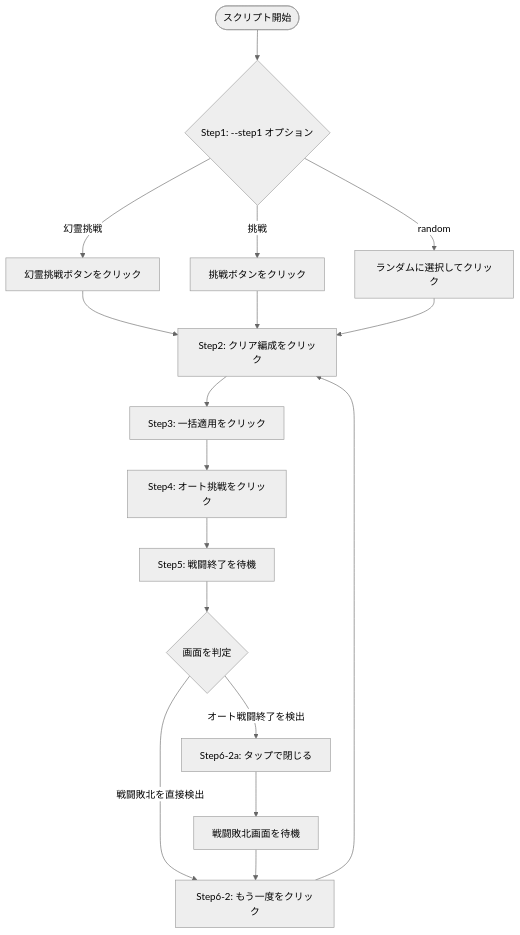
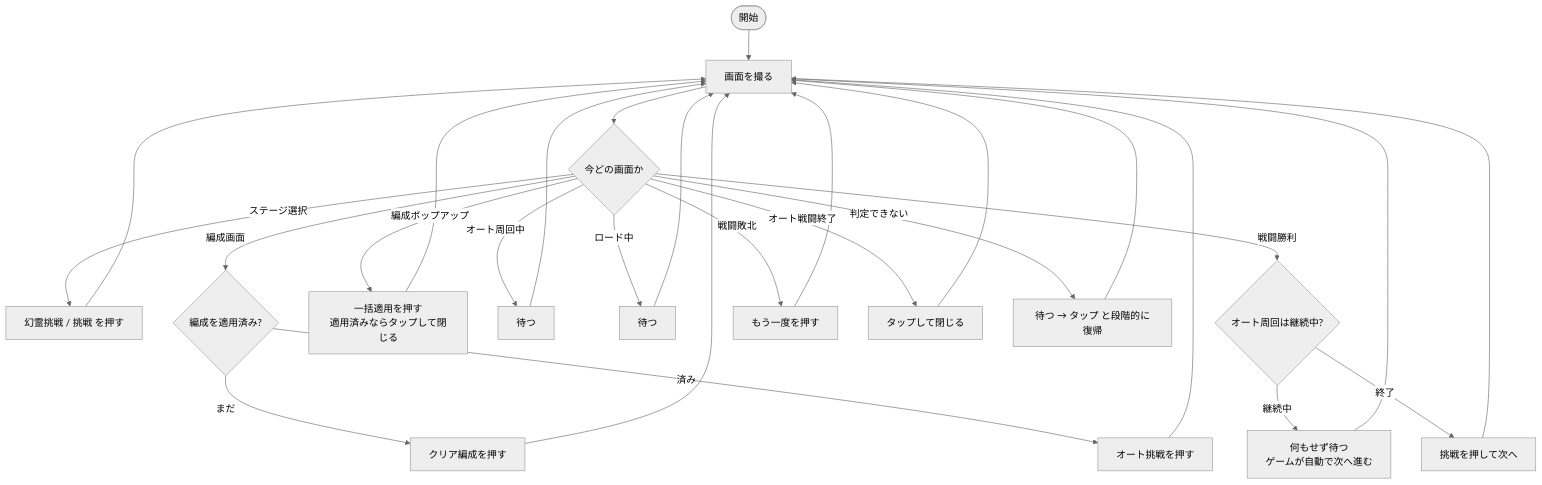
One commit to joapippa/afkj_autoplay changed the diagram in README.md. Above: the diagram before and after it, drawn with Mermaid (neutral theme). The commit also changed other lines of this file and 26 other files, not shown here.

````diff
--- a/README.md
+++ b/README.md
@@ -24,19 +133,29 @@
 ```mermaid
 flowchart TD
-    A([スクリプト開始]) --> B{Step1: --step1 オプション}
-    B -->|幻霊挑戦| B1[幻霊挑戦ボタンをクリック]
-    B -->|挑戦| B2[挑戦ボタンをクリック]
-    B -->|random| B3[ランダムに選択してクリック]
-    B1 --> C[Step2: クリア編成をクリック]
-    B2 --> C
-    B3 --> C
-    C --> D[Step3: 一括適用をクリック]
-    D --> E[Step4: オート挑戦をクリック]
-    E --> F[Step5: 戦闘終了を待機]
-    F --> G{画面を判定}
-    G -->|オート戦闘終了を検出| H[Step6-2a: タップで閉じる]
-    G -->|戦闘敗北を直接検出| I[Step6-2: もう一度をクリック]
-    H --> J[戦闘敗北画面を待機]
-    J --> I
-    I --> C
+    A([開始]) --> B[画面を撮る]
+    B --> C{今どの画面か}
+    C -->|ステージ選択| D[幻霊挑戦 / 挑戦 を押す]
+    C -->|編成画面| N{編成を適用済み?}
+    N -->|まだ| N1[クリア編成を押す]
+    N -->|済み| N2[オート挑戦を押す]
+    C -->|編成ポップアップ| E[一括適用を押す<br/>適用済みならタップして閉じる]
+    C -->|オート周回中| F[待つ]
+    C -->|ロード中| G[待つ]
+    C -->|戦闘勝利| H{オート周回は継続中?}
+    H -->|継続中| I[何もせず待つ<br/>ゲームが自動で次へ進む]
+    H -->|終了| J[挑戦を押して次へ]
+    C -->|戦闘敗北| K[もう一度を押す]
+    C -->|オート戦闘終了| L[タップして閉じる]
+    C -->|判定できない| M[待つ → タップ と段階的に復帰]
+    D --> B
+    N1 --> B
+    N2 --> B
+    E --> B
+    F --> B
+    G --> B
+    I --> B
+    J --> B
+    K --> B
+    L --> B
+    M --> B
 ```
````
